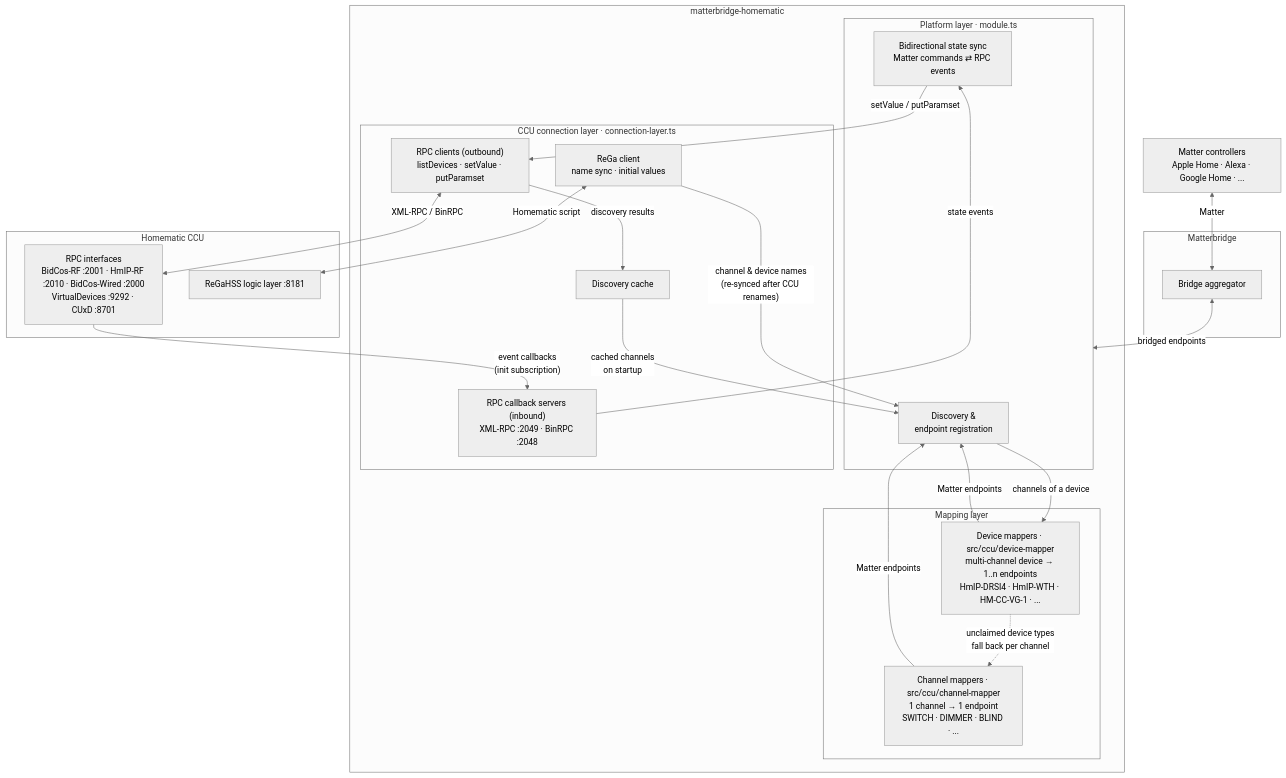
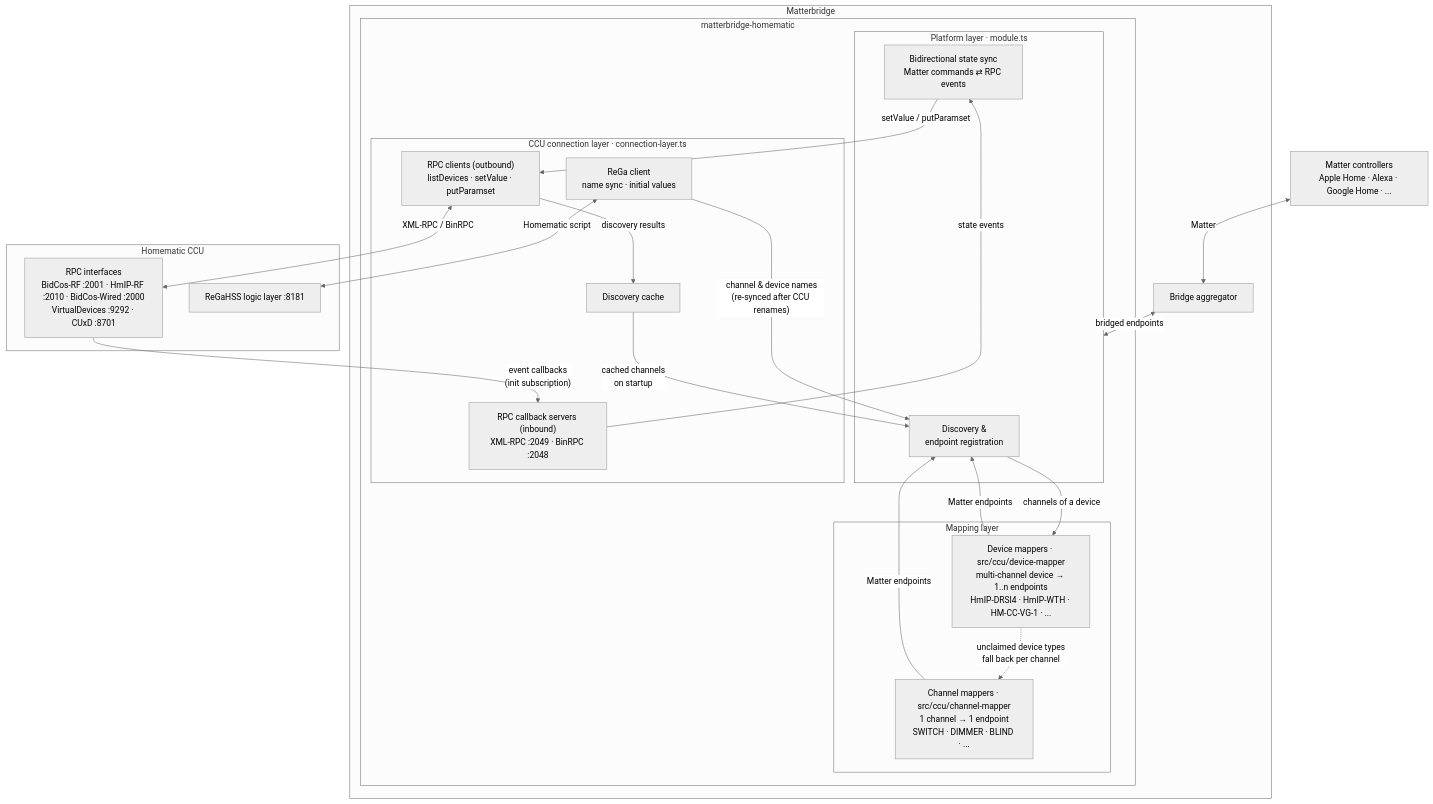
One commit to hobbyquaker/matterbridge-homematic changed the diagram in README.md. Above: the diagram before and after it, drawn with Mermaid (neutral theme).

Commit message:
docs(readme): nest plugin inside Matterbridge in architecture diagram

````diff
--- a/README.md
+++ b/README.md
@@ -151,47 +151,47 @@
 ```mermaid
 flowchart TB
     CTRL["Matter controllers<br/>Apple Home · Alexa · Google Home · ..."]
 
     subgraph MB["Matterbridge"]
         AGG["Bridge aggregator"]
-    end
 
-    subgraph PLUGIN["matterbridge-homematic"]
-        subgraph PLATFORM["Platform layer · module.ts"]
-            REG["Discovery &<br/>endpoint registration"]
-            SYNC["Bidirectional state sync<br/>Matter commands ⇄ RPC events"]
-        end
+        subgraph PLUGIN["matterbridge-homematic"]
+            subgraph PLATFORM["Platform layer · module.ts"]
+                REG["Discovery &<br/>endpoint registration"]
+                SYNC["Bidirectional state sync<br/>Matter commands ⇄ RPC events"]
+            end
 
-        subgraph MAPPING["Mapping layer"]
-            DMR["Device mappers · src/ccu/device-mapper<br/>multi-channel device → 1..n endpoints<br/>HmIP-DRSI4 · HmIP-WTH · HM-CC-VG-1 · ..."]
-            CMR["Channel mappers · src/ccu/channel-mapper<br/>1 channel → 1 endpoint<br/>SWITCH · DIMMER · BLIND · ..."]
-        end
+            subgraph MAPPING["Mapping layer"]
+                DMR["Device mappers · src/ccu/device-mapper<br/>multi-channel device → 1..n endpoints<br/>HmIP-DRSI4 · HmIP-WTH · HM-CC-VG-1 · ..."]
+                CMR["Channel mappers · src/ccu/channel-mapper<br/>1 channel → 1 endpoint<br/>SWITCH · DIMMER · BLIND · ..."]
+            end
 
-        subgraph CONN["CCU connection layer · connection-layer.ts"]
-            RPC["RPC clients (outbound)<br/>listDevices · setValue · putParamset"]
-            CBS["RPC callback servers (inbound)<br/>XML-RPC :2049 · BinRPC :2048"]
-            CACHE["Discovery cache"]
-            REGAC["ReGa client<br/>name sync · initial values"]
+            subgraph CONN["CCU connection layer · connection-layer.ts"]
+                RPC["RPC clients (outbound)<br/>listDevices · setValue · putParamset"]
+                CBS["RPC callback servers (inbound)<br/>XML-RPC :2049 · BinRPC :2048"]
+                CACHE["Discovery cache"]
+                REGAC["ReGa client<br/>name sync · initial values"]
+            end
         end
     end
 
     subgraph CCU["Homematic CCU"]
         IFACES["RPC interfaces<br/>BidCos-RF :2001 · HmIP-RF :2010 · BidCos-Wired :2000<br/>VirtualDevices :9292 · CUxD :8701"]
         REGAHSS["ReGaHSS logic layer :8181"]
     end
 
     CTRL <-->|"Matter"| AGG
     AGG <-->|"bridged endpoints"| PLATFORM
     REG -->|"channels of a device"| DMR
     DMR -.->|"unclaimed device types<br/>fall back per channel"| CMR
     DMR -->|"Matter endpoints"| REG
     CMR -->|"Matter endpoints"| REG
     REGAC -->|"channel & device names<br/>(re-synced after CCU renames)"| REG
     SYNC -->|"setValue / putParamset"| RPC
     CBS -->|"state events"| SYNC
     RPC -->|"discovery results"| CACHE
     CACHE -->|"cached channels<br/>on startup"| REG
     RPC <-->|"XML-RPC / BinRPC"| IFACES
     IFACES -->|"event callbacks<br/>(init subscription)"| CBS
     REGAC <-->|"Homematic script"| REGAHSS
 ```
````
